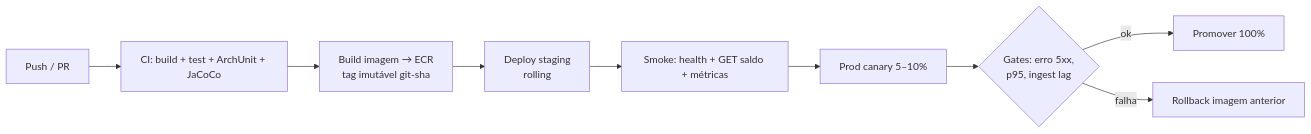
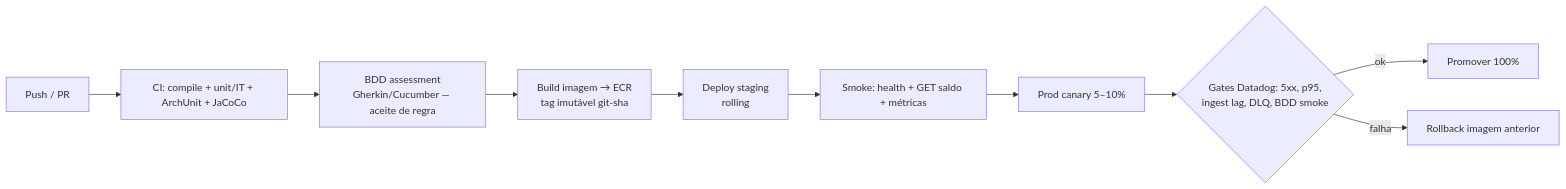
One commit to lordssa/banking-account-balance-service changed the third of 4 diagrams in docs/arquitetura-aws-e-pipeline.md. Above: the diagram before and after it, drawn with Mermaid. The commit also changed other lines of this file and 85 other files, not shown here.

````diff
--- a/docs/arquitetura-aws-e-pipeline.md
+++ b/docs/arquitetura-aws-e-pipeline.md
@@ -97,11 +194,12 @@
 ```mermaid
 flowchart LR
-  Push["Push / PR"] --> CI["CI: build + test + ArchUnit + JaCoCo"]
-  CI --> Image["Build imagem → ECR<br/>tag imutável git-sha"]
+  Push["Push / PR"] --> CI["CI: compile + unit/IT + ArchUnit + JaCoCo"]
+  CI --> BDD["BDD assessment<br/>Gherkin/Cucumber — aceite de regra"]
+  BDD --> Image["Build imagem → ECR<br/>tag imutável git-sha"]
   Image --> Staging["Deploy staging<br/>rolling"]
   Staging --> Smoke["Smoke: health + GET saldo + métricas"]
   Smoke --> Canary["Prod canary 5–10%"]
-  Canary --> Gate{"Gates: erro 5xx,<br/>p95, ingest lag"}
+  Canary --> Gate{"Gates Datadog: 5xx, p95,<br/>ingest lag, DLQ, BDD smoke"}
   Gate -->|ok| Full["Promover 100%"]
   Gate -->|falha| RB["Rollback imagem anterior"]
 ```
````
